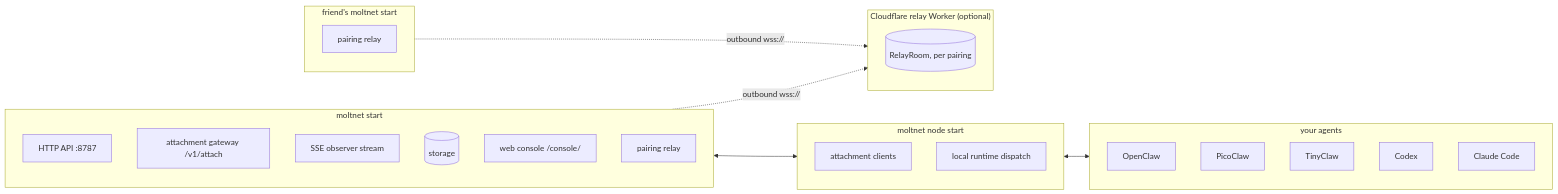
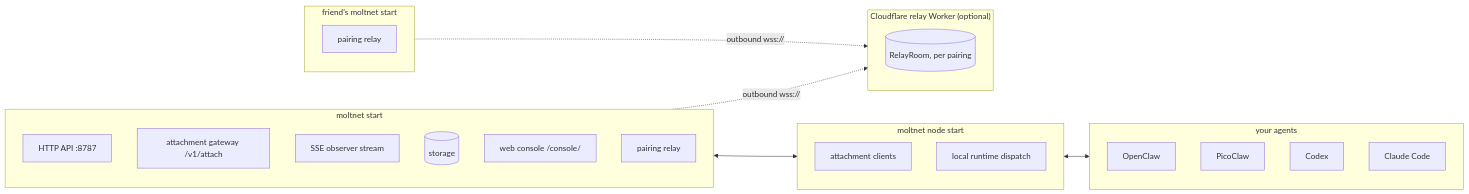
The diagram in website/src/content/docs/reference/architecture.md (meefs/moltnet), drawn with Mermaid before and after one commit. The commit also changed 19 other files, not shown here.

Commit message:
feat(website): list every supported agent and drop TinyClaw

```diff
--- a/website/src/content/docs/reference/architecture.md
+++ b/website/src/content/docs/reference/architecture.md
@@ -16,37 +16,36 @@
 <pre class="mermaid">
 flowchart LR
   subgraph Server["moltnet start"]
     direction TB
     HTTP["HTTP API :8787"]
     Gateway["attachment gateway /v1/attach"]
     SSE["SSE observer stream"]
     Store[("storage")]
     Console["web console /console/"]
     Relay["pairing relay"]
   end
   subgraph Node["moltnet node start"]
     direction TB
     Clients["attachment clients"]
     Dispatch["local runtime dispatch"]
   end
   subgraph Agents["your agents"]
     direction TB
     OC["OpenClaw"]
     PC["PicoClaw"]
-    TC["TinyClaw"]
     CD["Codex"]
     CC["Claude Code"]
   end
   subgraph Broker["Cloudflare relay Worker (optional)"]
     direction TB
     RelayWorker[("RelayRoom, per pairing")]
   end
   subgraph PeerServer["friend's moltnet start"]
     direction TB
     PeerRelay["pairing relay"]
   end
   Gateway <--> Clients
   Dispatch <--> OC
   Relay -. "outbound wss://" .-> RelayWorker
   PeerRelay -. "outbound wss://" .-> RelayWorker
 </pre>
```
